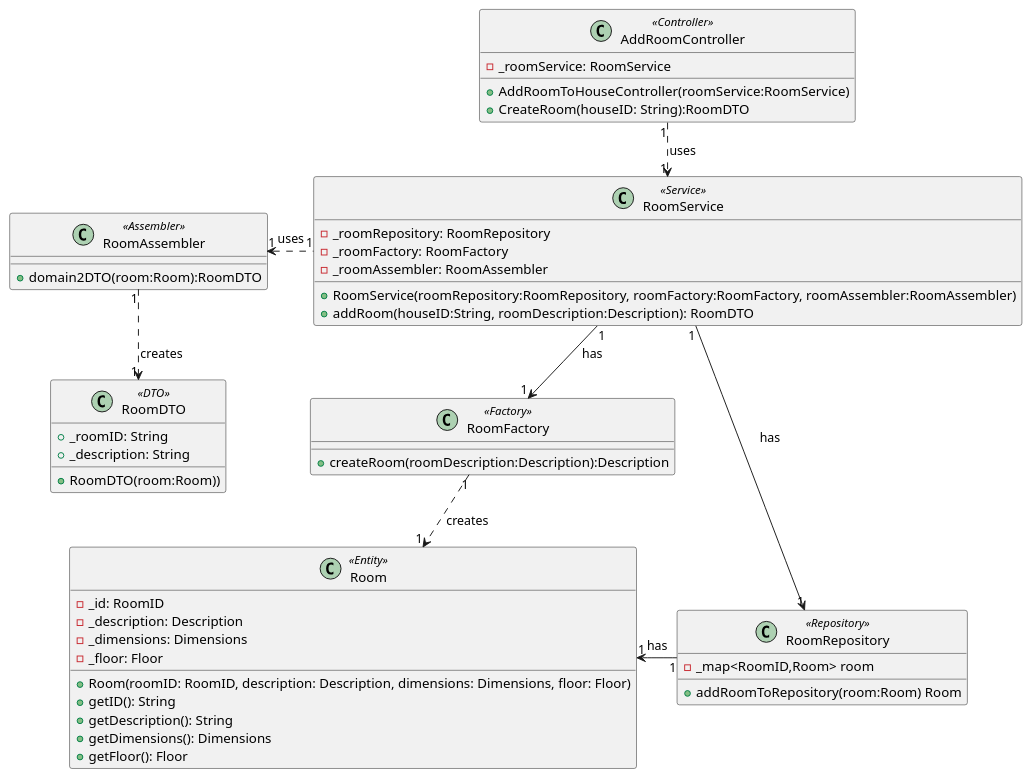
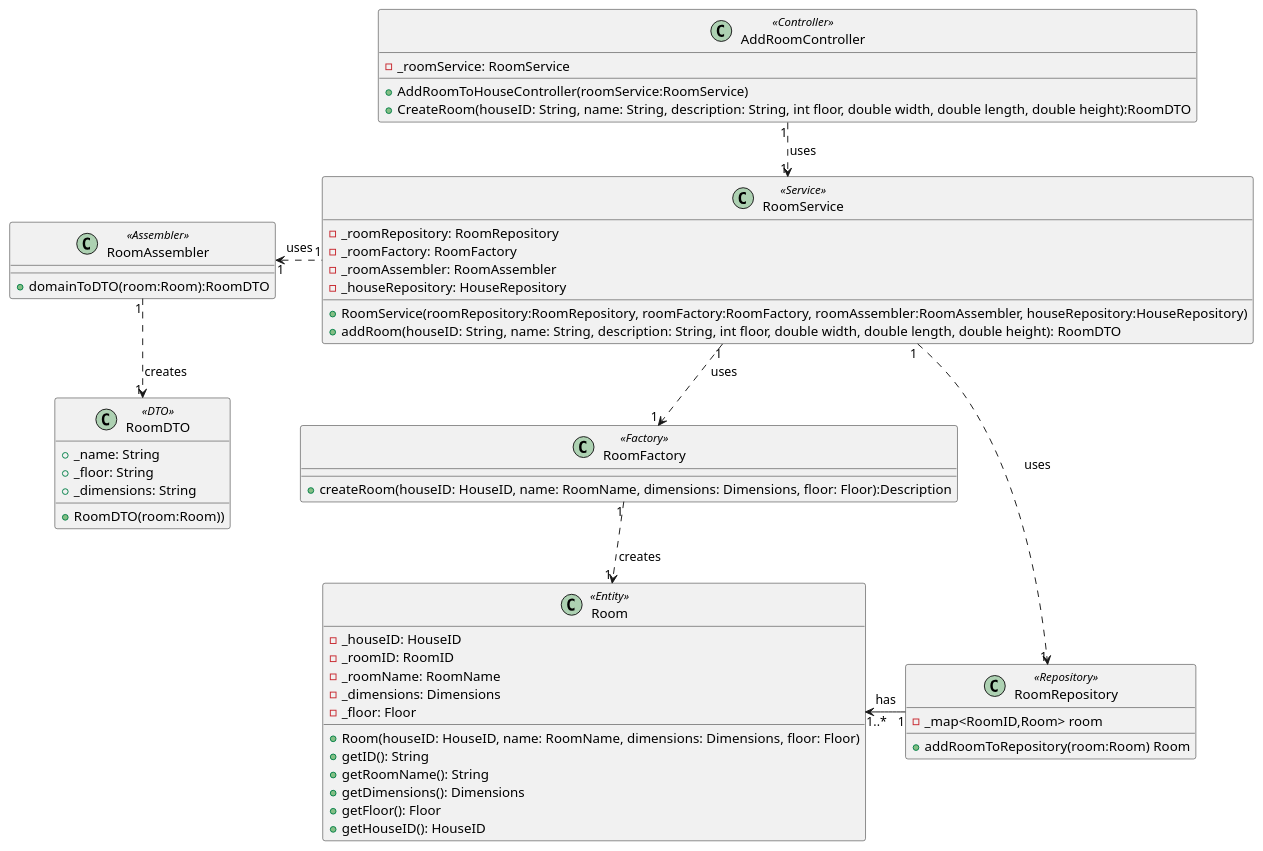
The diagram in docs/ood/classDiagram/US02AddRoom.puml (olivDiogo/SmartHome), drawn with PlantUML before and after one commit.

Commit message:
#133 Update US02 Class Diagram

```diff
--- a/docs/ood/classDiagram/US02AddRoom.puml
+++ b/docs/ood/classDiagram/US02AddRoom.puml
@@ -1,59 +1,63 @@
 @startuml
 !pragma layout smetana
 
 class AddRoomController<<Controller>> {
 - _roomService: RoomService
 +AddRoomToHouseController(roomService:RoomService)
-+CreateRoom(houseID: String):RoomDTO
++CreateRoom(houseID: String, name: String, description: String, int floor, double width, double length, double height):RoomDTO
 }
 
 class RoomService <<Service>>{
 - _roomRepository: RoomRepository
 - _roomFactory: RoomFactory
 - _roomAssembler: RoomAssembler
-+RoomService(roomRepository:RoomRepository, roomFactory:RoomFactory, roomAssembler:RoomAssembler)
-+addRoom(houseID:String, roomDescription:Description): RoomDTO
+- _houseRepository: HouseRepository
++RoomService(roomRepository:RoomRepository, roomFactory:RoomFactory, roomAssembler:RoomAssembler, houseRepository:HouseRepository)
++addRoom(houseID: String, name: String, description: String, int floor, double width, double length, double height): RoomDTO
 }
 
 class RoomRepository <<Repository>>{
 - _map<RoomID,Room> room
 +addRoomToRepository(room:Room) Room
 }
 
 class RoomFactory <<Factory>>{
-+createRoom(roomDescription:Description):Description
++createRoom(houseID: HouseID, name: RoomName, dimensions: Dimensions, floor: Floor):Description
 }
 
 class RoomAssembler <<Assembler>>{
-+domain2DTO(room:Room):RoomDTO
++domainToDTO(room:Room):RoomDTO
 }
 
 class RoomDTO <<DTO>>{
-+ _roomID: String
-+ _description: String
++ _name: String
++ _floor: String
++ _dimensions: String
 +RoomDTO(room:Room))
 }
 
 class Room <<Entity>>{
-- _id: RoomID
-- _description: Description
+- _houseID: HouseID
+- _roomID: RoomID
+- _roomName: RoomName
 - _dimensions: Dimensions
 - _floor: Floor
-+Room(roomID: RoomID, description: Description, dimensions: Dimensions, floor: Floor)
++Room(houseID: HouseID, name: RoomName, dimensions: Dimensions, floor: Floor)
 +getID(): String
-+getDescription(): String
++getRoomName(): String
 +getDimensions(): Dimensions
 +getFloor(): Floor
++getHouseID(): HouseID
 }
 
 
 AddRoomController "1" .down.> "1" RoomService: uses
-RoomService "1" -down-> "1" RoomFactory: has
-RoomService "1" -right-> "1" RoomRepository: has
-RoomRepository "1" -left-> "1" Room: has
+RoomService "1" .down.> "1" RoomFactory: uses
+RoomService "1" .right.> "1" RoomRepository: uses
+RoomRepository "1" -left-> "1..*" Room: has
 RoomService "1" .left.> "1" RoomAssembler: uses
 RoomAssembler "1" .down.> "1" RoomDTO: creates
 RoomFactory "1" .down.> "1" Room: creates
 
 
 @enduml
```
